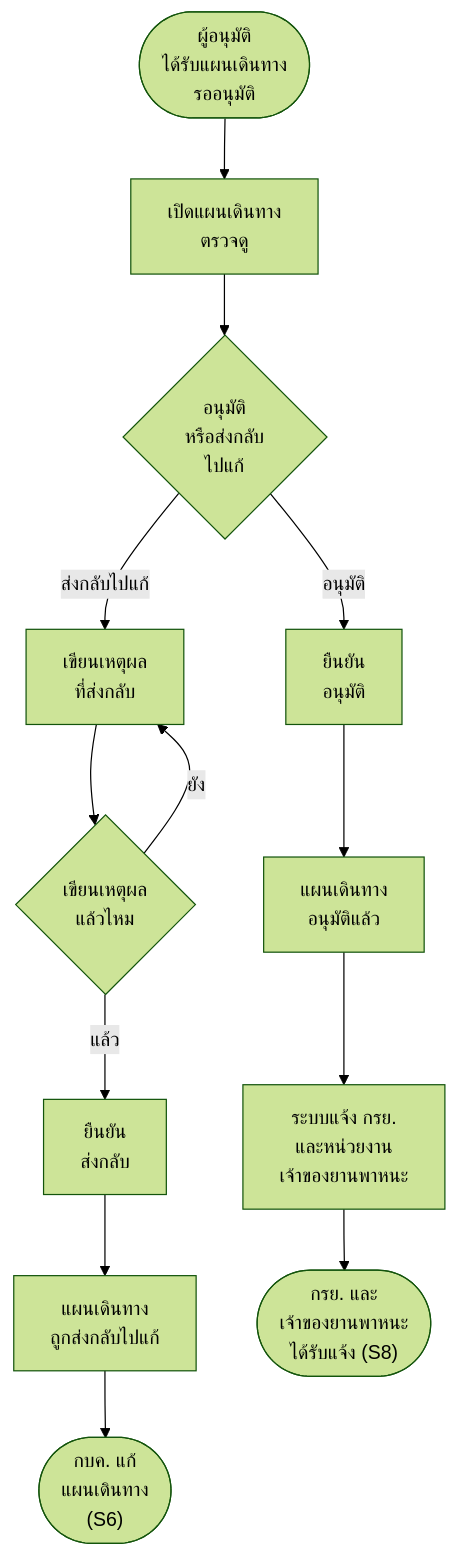
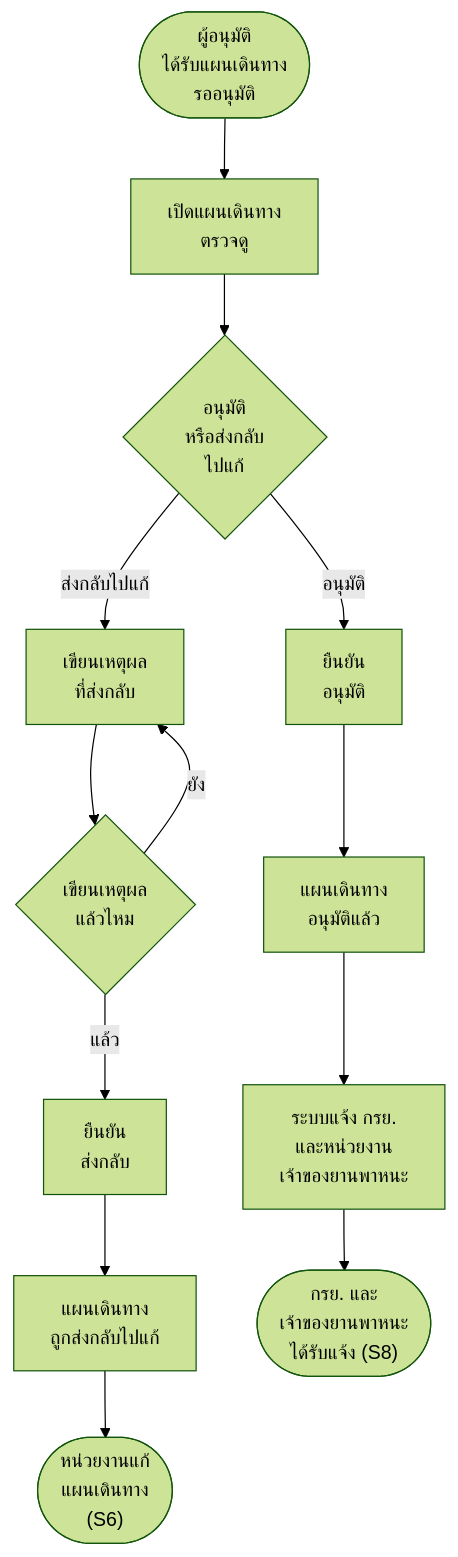
Before and after one commit to anugmail/Maintenance-Request-Form: the ninth of 20 diagrams in Diagram/01-บำรุงรักษาตามวาระ/27-บำรุงรักษา-flowchart-กิจกรรม.md, drawn with Mermaid (forest theme). The commit also changed other lines of this file and 7 other files, not shown here.

First line of the commit message:
บำรุงรักษา: คำกลางแทน "กบค." ที่เป็นผู้ทำงาน (หน่วยงาน · หน่วยงานผู้ดำเนินการ · หัวหน้าหน่วยงาน · ผู้สร้างแผนเดินทาง) · "ดำเนินการเอง" แทน "กบค. ดำเนินการเอง"

````diff
--- a/Diagram/01-บำรุงรักษาตามวาระ/27-บำรุงรักษา-flowchart-กิจกรรม.md
+++ b/Diagram/01-บำรุงรักษาตามวาระ/27-บำรุงรักษา-flowchart-กิจกรรม.md
@@ -181,15 +181,15 @@
 ```mermaid
 flowchart TD
     S(["ผู้อนุมัติ<br/>ได้รับแผนเดินทาง<br/>รออนุมัติ"]) --> A1["เปิดแผนเดินทาง<br/>ตรวจดู"]
     A1 --> Q1{"อนุมัติ<br/>หรือส่งกลับ<br/>ไปแก้"}
     Q1 -->|ส่งกลับไปแก้| A2["เขียนเหตุผล<br/>ที่ส่งกลับ"]
     A2 --> Q2{"เขียนเหตุผล<br/>แล้วไหม"}
     Q2 -->|ยัง| A2
     Q2 -->|แล้ว| A3["ยืนยัน<br/>ส่งกลับ"]
     A3 --> A4["แผนเดินทาง<br/>ถูกส่งกลับไปแก้"]
-    A4 --> E1(["กบค. แก้<br/>แผนเดินทาง<br/>(S6)"])
+    A4 --> E1(["หน่วยงานแก้<br/>แผนเดินทาง<br/>(S6)"])
     Q1 -->|อนุมัติ| A5["ยืนยัน<br/>อนุมัติ"]
     A5 --> A6["แผนเดินทาง<br/>อนุมัติแล้ว"]
     A6 --> A7["ระบบแจ้ง กรย.<br/>และหน่วยงาน<br/>เจ้าของยานพาหนะ"]
     A7 --> E2(["กรย. และ<br/>เจ้าของยานพาหนะ<br/>ได้รับแจ้ง (S8)"])
 ```
````
